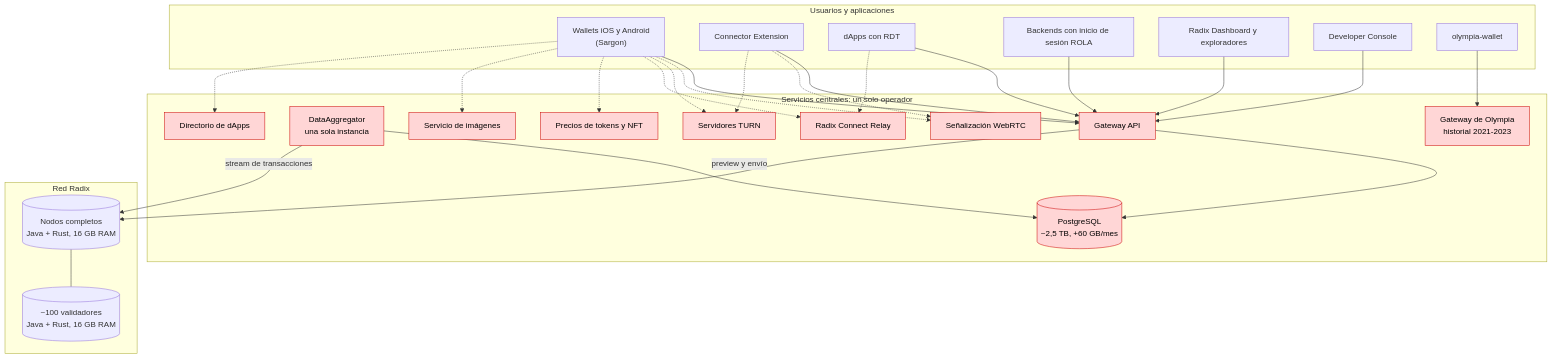
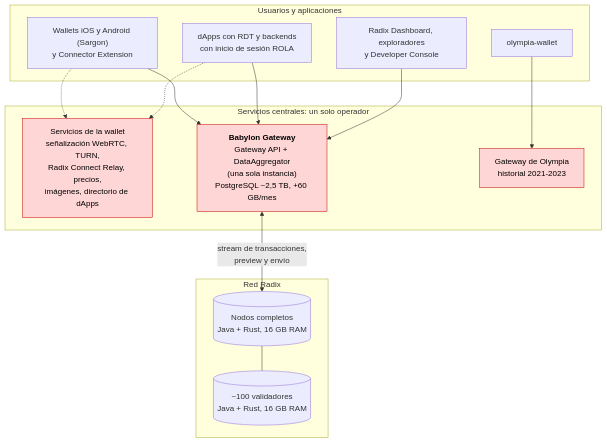
The first of 2 diagrams in docs/es/01-02-situacion-actual.md (dazligth/radix-decentralization-roadmap), drawn with Mermaid before and after one commit. The commit also changed other lines of this file and 9 other files, not shown here.

First line of the commit message:
Redesign diagrams for readability on GitHub

````diff
--- a/docs/es/01-02-situacion-actual.md
+++ b/docs/es/01-02-situacion-actual.md
@@ -54,51 +54,28 @@
 ```mermaid
 flowchart TB
     subgraph APPS["Usuarios y aplicaciones"]
-        W["Wallets iOS y Android<br/>(Sargon)"]
-        EXT["Connector Extension"]
-        DAPP["dApps con RDT"]
-        ROLA["Backends con inicio de sesión ROLA"]
-        EXP["Radix Dashboard y exploradores"]
-        DEV["Developer Console"]
+        W["Wallets iOS y Android (Sargon)<br/>y Connector Extension"]
+        DAPP["dApps con RDT y backends<br/>con inicio de sesión ROLA"]
+        EXP["Radix Dashboard, exploradores<br/>y Developer Console"]
         OLYW["olympia-wallet"]
     end
     subgraph CENTRAL["Servicios centrales: un solo operador"]
-        GW["Gateway API"]
-        AGG["DataAggregator<br/>una sola instancia"]
-        PG[("PostgreSQL<br/>~2,5 TB, +60 GB/mes")]
-        SIG["Señalización WebRTC"]
-        TURN["Servidores TURN"]
-        RELAY["Radix Connect Relay"]
-        PRICE["Precios de tokens y NFT"]
-        IMG["Servicio de imágenes"]
-        DIR["Directorio de dApps"]
+        AUX["Servicios de la wallet<br/>señalización WebRTC, TURN,<br/>Radix Connect Relay, precios,<br/>imágenes, directorio de dApps"]
+        GW["<b>Babylon Gateway</b><br/>Gateway API + DataAggregator<br/>(una sola instancia)<br/>PostgreSQL ~2,5 TB, +60 GB/mes"]
         OGW["Gateway de Olympia<br/>historial 2021-2023"]
     end
     subgraph NET["Red Radix"]
         FN[("Nodos completos<br/>Java + Rust, 16 GB RAM")]
         VAL[("~100 validadores<br/>Java + Rust, 16 GB RAM")]
     end
+    W -.-> AUX
+    DAPP -.-> AUX
     W --> GW
-    EXT --> GW
     DAPP --> GW
-    ROLA --> GW
     EXP --> GW
-    DEV --> GW
-    GW --> PG
-    AGG --> PG
-    AGG -- "stream de transacciones" --> FN
-    GW -- "preview y envío" --> FN
+    OLYW --> OGW
+    GW <-->|"stream de transacciones,<br/>preview y envío"| FN
     FN --- VAL
-    W -.-> SIG
-    EXT -.-> SIG
-    W -.-> TURN
-    EXT -.-> TURN
-    W -.-> RELAY
-    DAPP -.-> RELAY
-    W -.-> PRICE
-    W -.-> IMG
-    W -.-> DIR
-    OLYW --> OGW
     classDef central fill:#ffd6d6,stroke:#c00,color:#000
-    class GW,AGG,PG,SIG,TURN,RELAY,PRICE,IMG,DIR,OGW central
+    class GW,AUX,OGW central
 ```
````
